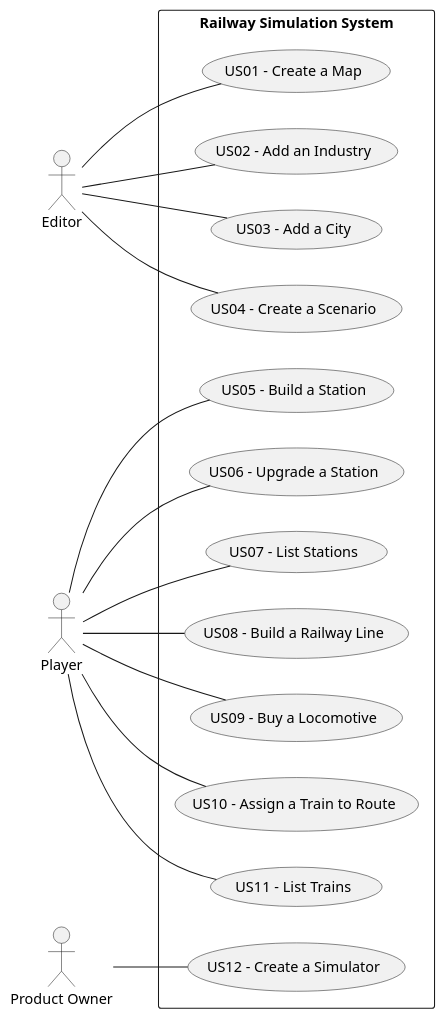
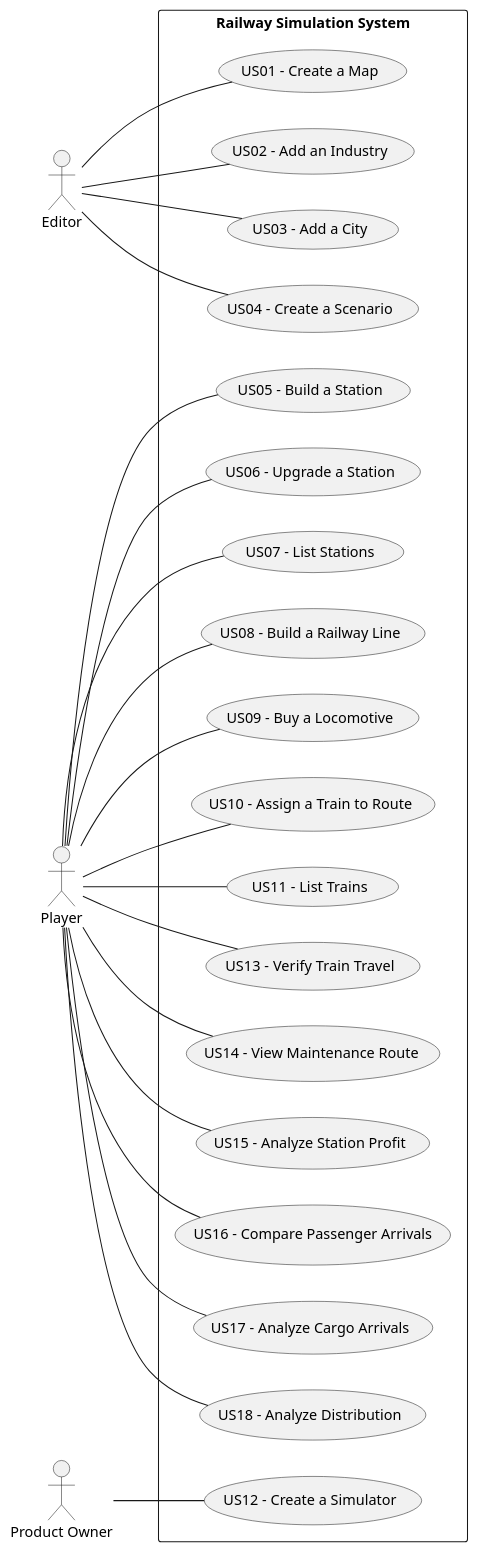
The diagram in docs/system-documentation/global-artifacts/01.requirements-engineering/puml/UCD.puml (HenriqueSilva18/Railway-Network-Simulator), drawn with PlantUML before and after one commit. The commit also changed 112 other files, not shown here.

```diff
--- a/docs/system-documentation/global-artifacts/01.requirements-engineering/puml/UCD.puml
+++ b/docs/system-documentation/global-artifacts/01.requirements-engineering/puml/UCD.puml
@@ -1,24 +1,32 @@
 @startuml
 left to right direction
 actor Editor
 actor Player
 actor "Product Owner" as PO
 
 rectangle "Railway Simulation System" {
 
     Editor -- (US01 - Create a Map)
     Editor -- (US02 - Add an Industry)
     Editor -- (US03 - Add a City)
     Editor -- (US04 - Create a Scenario)
 
     Player -- (US05 - Build a Station)
     Player -- (US06 - Upgrade a Station)
     Player -- (US07 - List Stations)
     Player -- (US08 - Build a Railway Line)
     Player -- (US09 - Buy a Locomotive)
     Player -- (US10 - Assign a Train to Route)
     Player -- (US11 - List Trains)
+    Player -- (US13 - Verify Train Travel)
+    Player -- (US14 - View Maintenance Route)
+    Player -- (US15 - Analyze Station Profit)
+    Player -- (US16 - Compare Passenger Arrivals)
+    Player -- (US17 - Analyze Cargo Arrivals)
+    Player -- (US18 - Analyze Distribution)
 
     PO -- (US12 - Create a Simulator)
+
+
 }
 @enduml
```
